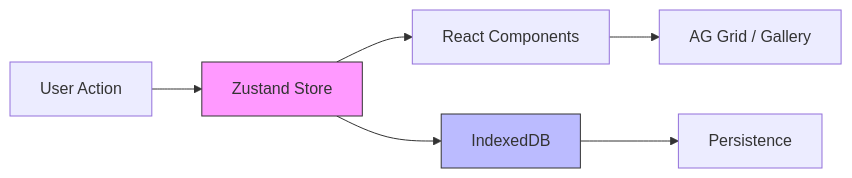
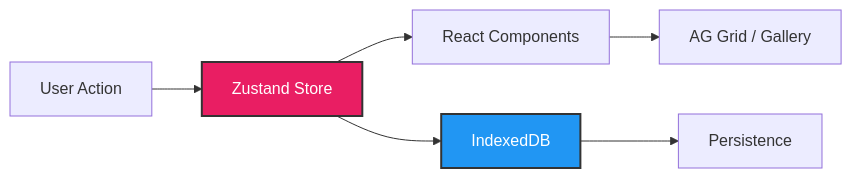
Before and after one commit to Ved-Padmawar/Full_Addon_V2: the diagram in Readme.md, drawn with Mermaid.

````diff
--- a/Readme.md
+++ b/Readme.md
@@ -326,11 +326,11 @@
 ```mermaid
 graph LR
     A[User Action] --> B[Zustand Store]
     B --> C[React Components]
     C --> D[AG Grid / Gallery]
     B --> E[IndexedDB]
     E --> F[Persistence]
 
-    style B fill:#f9f,stroke:#333
-    style E fill:#bbf,stroke:#333
+    style B fill:#e91e63,stroke:#333,stroke-width:2px,color:#fff
+    style E fill:#2196f3,stroke:#333,stroke-width:2px,color:#fff
 ```
````
